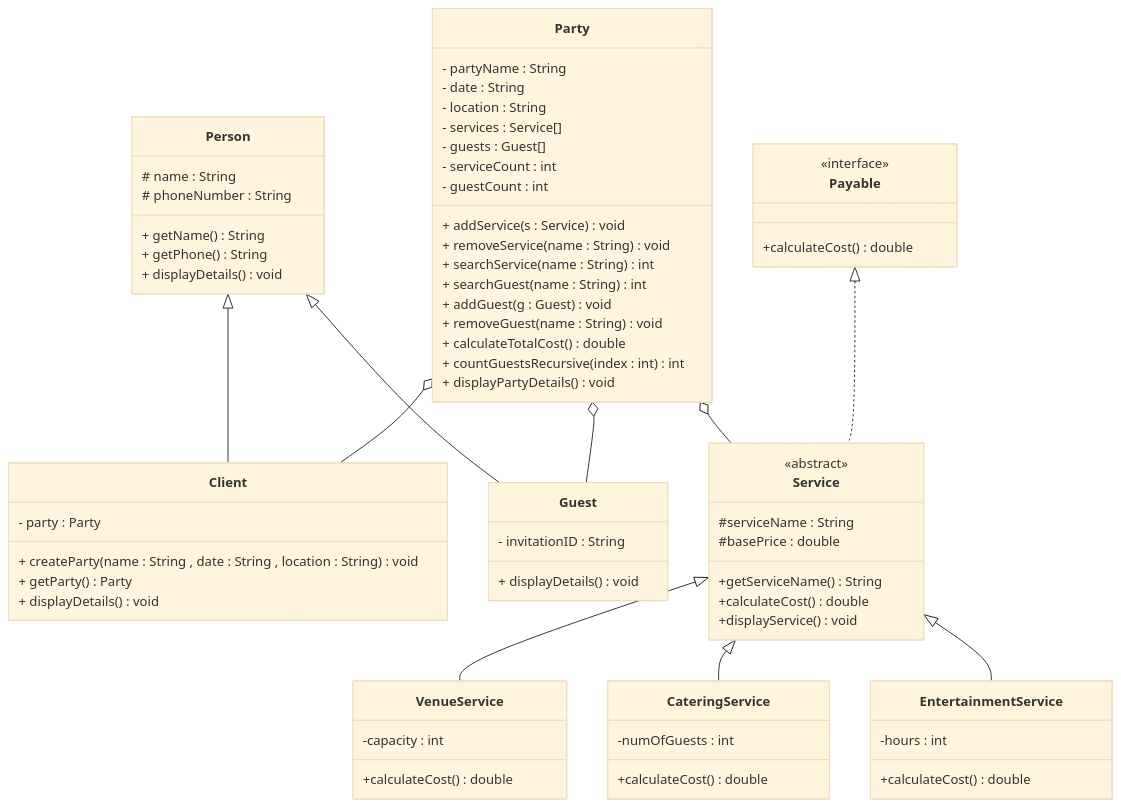
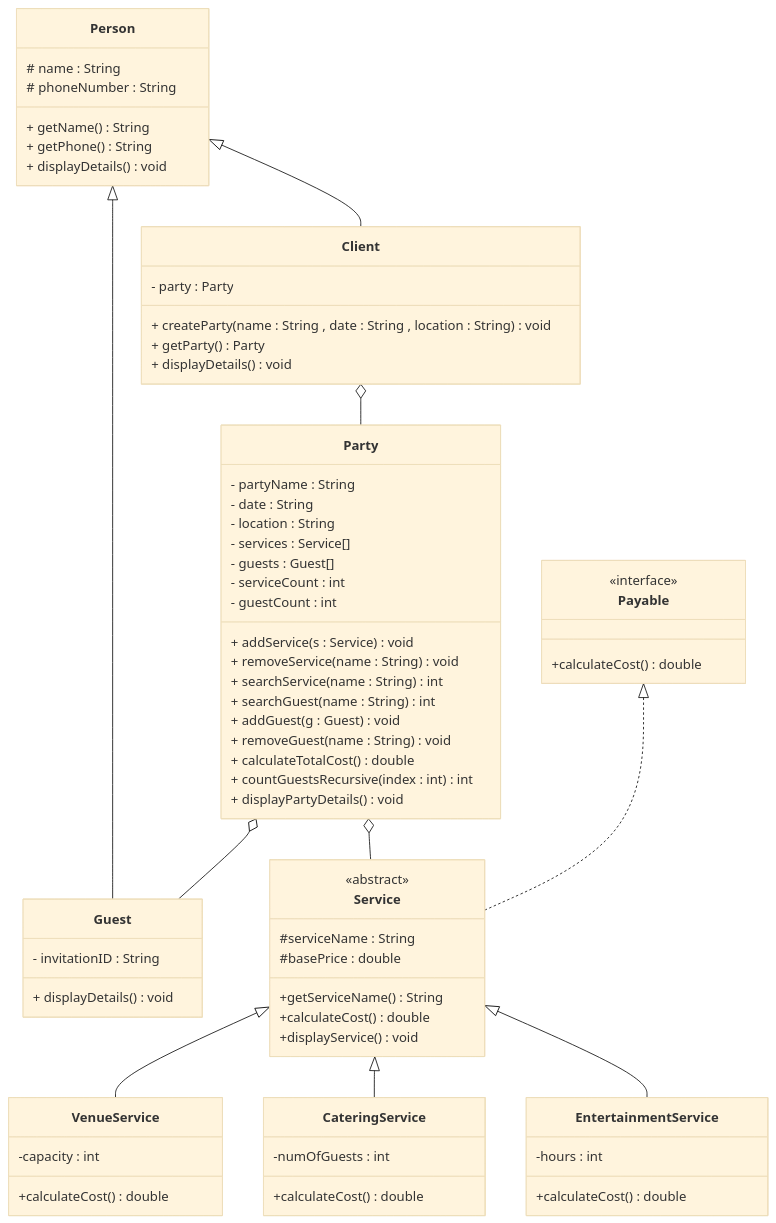
The diagram in README.md (Aljawharah46/CSC113-project-P1), drawn with Mermaid (base theme) before and after one commit.

```diff
--- a/README.md
+++ b/README.md
@@ -75,7 +75,7 @@
 Person <|-- Guest
 
 
-Party o-- Client
+Client o-- Party
 Party o-- Guest
 Party o-- Service
 
```
